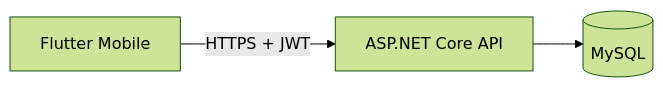
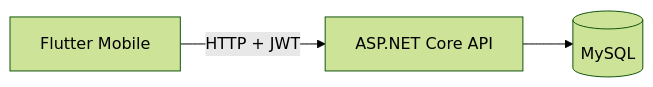
The diagram in README.md (gabrielogutierrez/FlowTask), drawn with Mermaid (forest theme) before and after one commit. The commit also changed other lines of this file, not shown here.

Commit message:
docs: atualiza README do FlowTask v1.0

````diff
--- a/README.md
+++ b/README.md
@@ -24,5 +55,5 @@
 ```mermaid
 flowchart LR
-  A[Flutter Mobile] -->|HTTPS + JWT| B[ASP.NET Core API]
+  A[Flutter Mobile] -->|HTTP + JWT| B[ASP.NET Core API]
   B --> C[(MySQL)]
 ```
````
